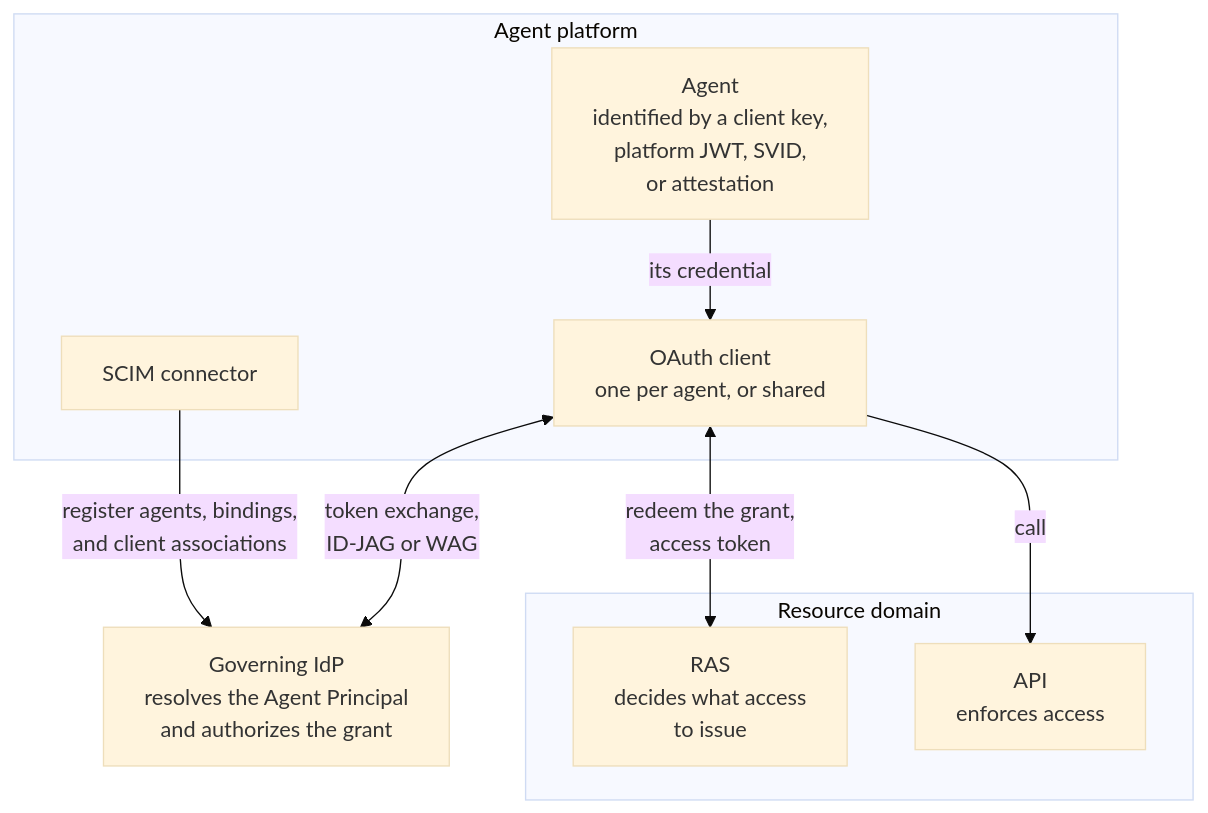
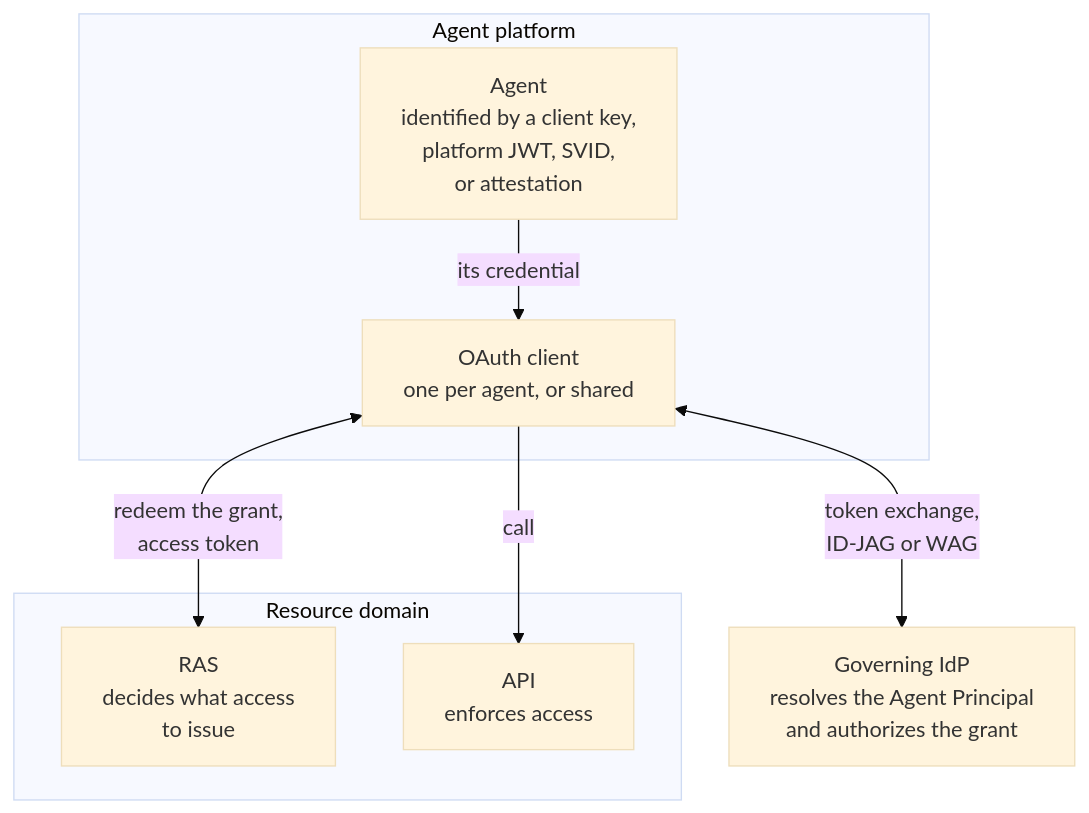
One commit to mcguinness/agent-principal-profiles changed the first of 2 diagrams in README.md. Above: the diagram before and after it, drawn with Mermaid (base theme). The commit also changed other lines of this file, not shown here.

First line of the commit message:
Show SCIM and Shared Signals flows in the README

````diff
--- a/README.md
+++ b/README.md
@@ -28,18 +28,16 @@
 ```mermaid
 flowchart TB
   subgraph platform["Agent platform"]
-    connector["SCIM connector"]
     agent["Agent<br/>identified by a client key,<br/>platform JWT, SVID,<br/>or attestation"]
     client["OAuth client<br/>one per agent, or shared"]
   end
   idp["Governing IdP<br/>resolves the Agent Principal<br/>and authorizes the grant"]
   subgraph domain["Resource domain"]
     ras["RAS<br/>decides what access<br/>to issue"]
     api["API<br/>enforces access"]
   end
   agent -->|"its credential"| client
-  connector -->|"register agents, bindings,<br/>and client associations"| idp
   client <-->|"token exchange,<br/>ID-JAG or WAG"| idp
   client <-->|"redeem the grant,<br/>access token"| ras
   client -->|"call"| api
 ```
````
